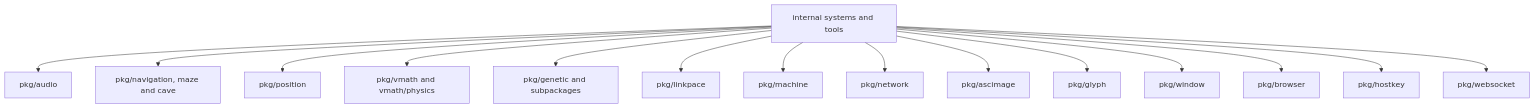
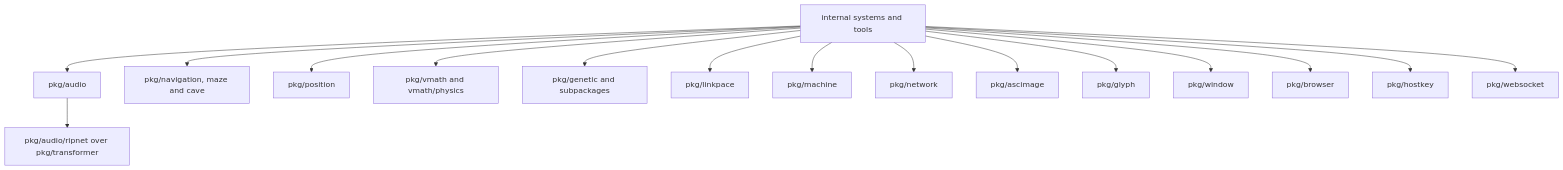
The fourth of 4 diagrams in doc/package-map.md (lixenwraith/vif), drawn with Mermaid before and after one commit. The commit also changed other lines of this file and 29 other files, not shown here.

````diff
--- a/doc/package-map.md
+++ b/doc/package-map.md
@@ -112,17 +112,18 @@
 ```mermaid
 flowchart TD
     Game["internal systems and tools"] --> Audio["pkg/audio"]
     Game --> Nav["pkg/navigation, maze and cave"]
     Game --> Position["pkg/position"]
     Game --> Physics["pkg/vmath and vmath/physics"]
     Game --> Genetic["pkg/genetic and subpackages"]
     Game --> Link["pkg/linkpace"]
     Game --> Machine["pkg/machine"]
     Game --> Network["pkg/network"]
     Game --> Image["pkg/ascimage"]
     Game --> Glyph["pkg/glyph"]
     Game --> Window["pkg/window"]
     Game --> Browser["pkg/browser"]
     Game --> HostKey["pkg/hostkey"]
     Game --> Socket["pkg/websocket"]
+    Audio --> Net["pkg/audio/ripnet over pkg/transformer"]
 ```
````
